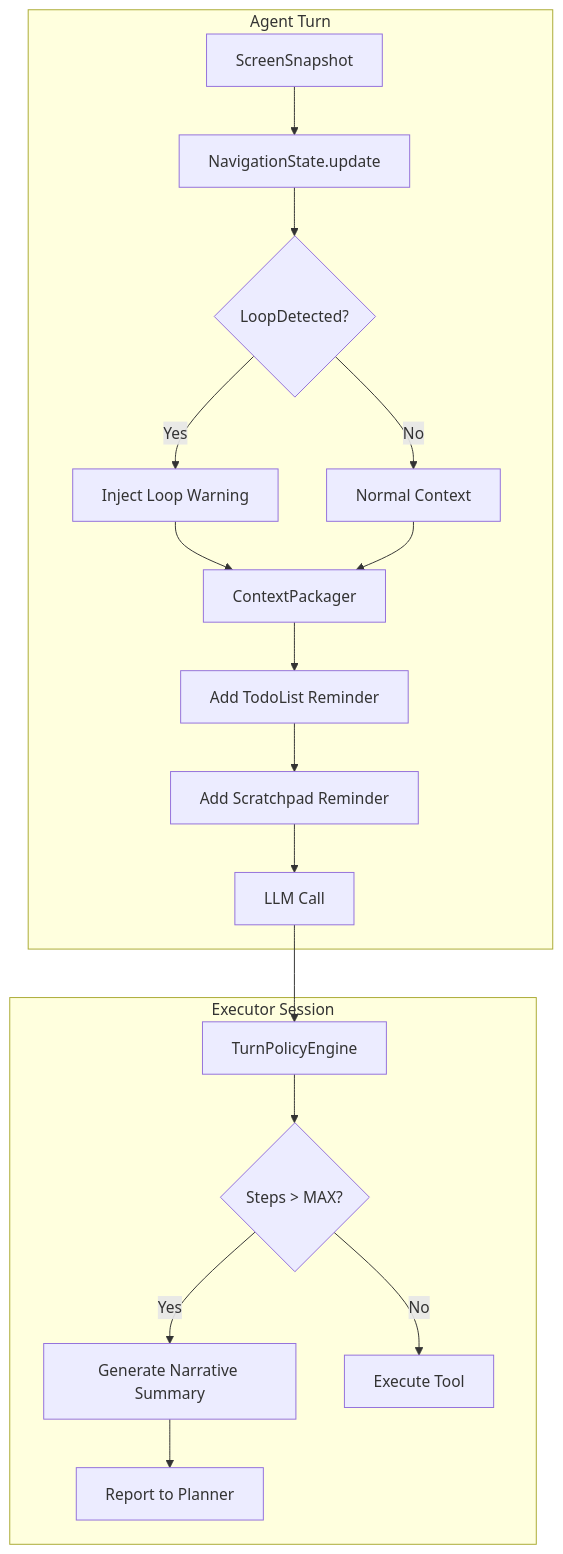
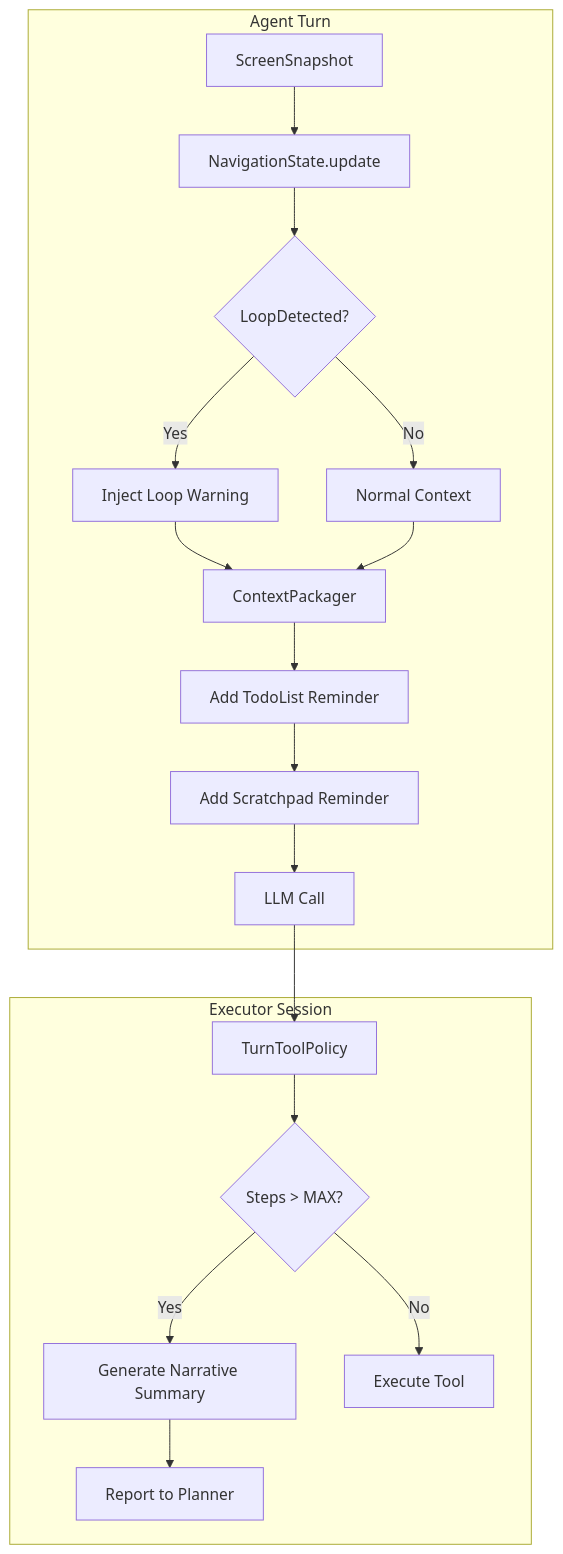
The diagram in doc/todo/cognition/design_proposal.md (M0z41D/closepaw), drawn with Mermaid before and after one commit. The commit also changed other lines of this file and 12 other files, not shown here.

Commit message:
refactor: add KDoc to NavigationState and rename TurnPolicyEngine to TurnToolPolicy

````diff
--- a/doc/todo/cognition/design_proposal.md
+++ b/doc/todo/cognition/design_proposal.md
@@ -97,22 +97,22 @@
 ```mermaid
 graph TB
     subgraph Turn["Agent Turn"]
         A[ScreenSnapshot] --> B[NavigationState.update]
         B --> C{LoopDetected?}
         C -->|Yes| D[Inject Loop Warning]
         C -->|No| E[Normal Context]
         D --> F[ContextPackager]
         E --> F
         F --> G[Add TodoList Reminder]
         G --> H[Add Scratchpad Reminder]
         H --> I[LLM Call]
     end
     
     subgraph Executor["Executor Session"]
-        I --> J[TurnPolicyEngine]
+        I --> J[TurnToolPolicy]
         J --> K{Steps > MAX?}
         K -->|Yes| L[Generate Narrative Summary]
         K -->|No| M[Execute Tool]
         L --> N[Report to Planner]
     end
 ```
````
